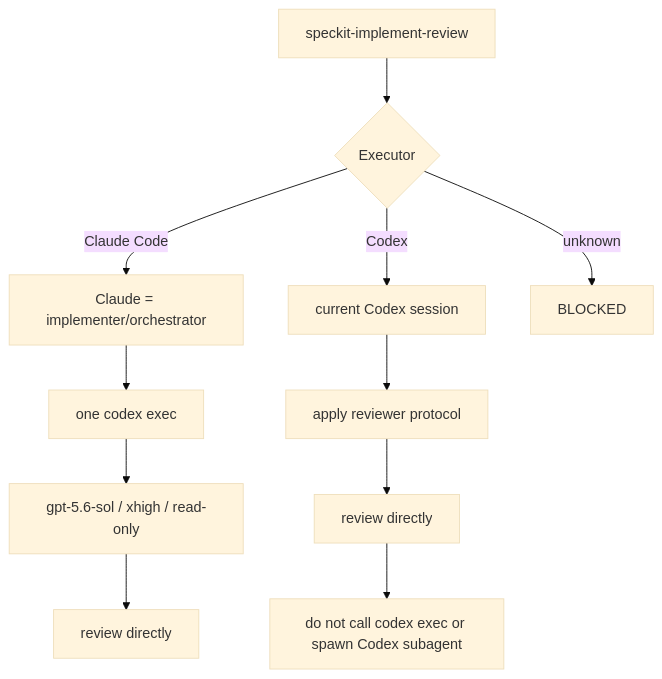
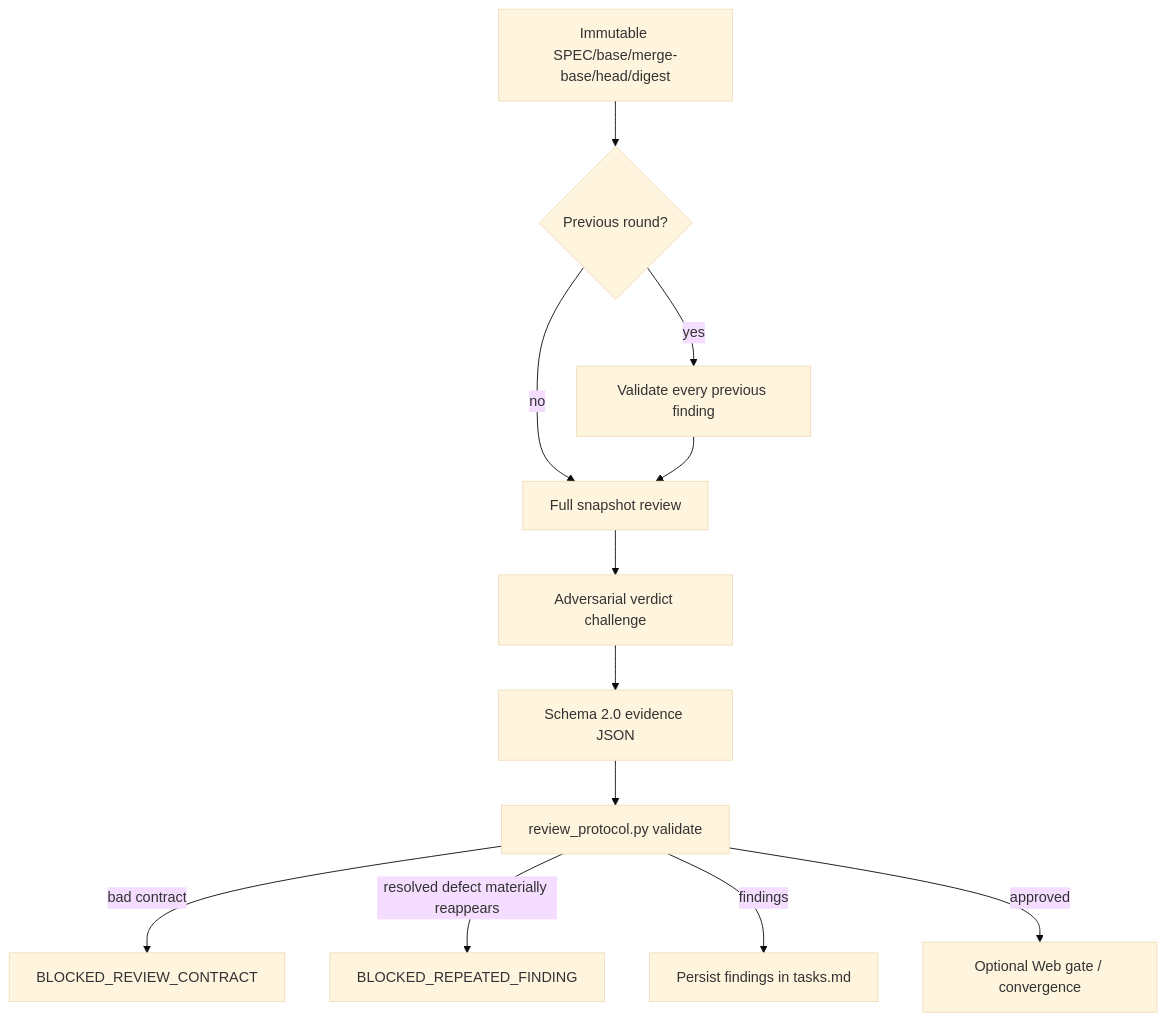
Before and after one commit to ds1david/speckit-powerpack: the fifth of 9 diagrams in README.md, drawn with Mermaid (base theme). The commit also changed other lines of this file, not shown here.

Commit message:
docs: update README for deep review, full-cycle, debt and customization architecture

````diff
--- a/README.md
+++ b/README.md
@@ -226,15 +233,14 @@
 ```mermaid
 flowchart TD
-    START[speckit-implement-review] --> EXEC{Executor}
-    EXEC -->|Claude Code| C[Claude = implementer/orchestrator]
-    C --> CE[one codex exec]
-    CE --> CP[gpt-5.6-sol / xhigh / read-only]
-    CP --> R[review directly]
-
-    EXEC -->|Codex| LOCAL[current Codex session]
-    LOCAL --> PROFILE[apply reviewer protocol]
-    PROFILE --> R2[review directly]
-    R2 --> NO[do not call codex exec or spawn Codex subagent]
-
-    EXEC -->|unknown| B[BLOCKED]
+    SNAP[Immutable SPEC/base/merge-base/head/digest] --> PREV{Previous round?}
+    PREV -->|yes| P1[Validate every previous finding]
+    PREV -->|no| P2[Full snapshot review]
+    P1 --> P2
+    P2 --> P3[Adversarial verdict challenge]
+    P3 --> JSON[Schema 2.0 evidence JSON]
+    JSON --> VAL[review_protocol.py validate]
+    VAL -->|bad contract| BC[BLOCKED_REVIEW_CONTRACT]
+    VAL -->|resolved defect materially reappears| BR[BLOCKED_REPEATED_FINDING]
+    VAL -->|findings| TASKS[Persist findings in tasks.md]
+    VAL -->|approved| NEXT[Optional Web gate / convergence]
 ```
````
